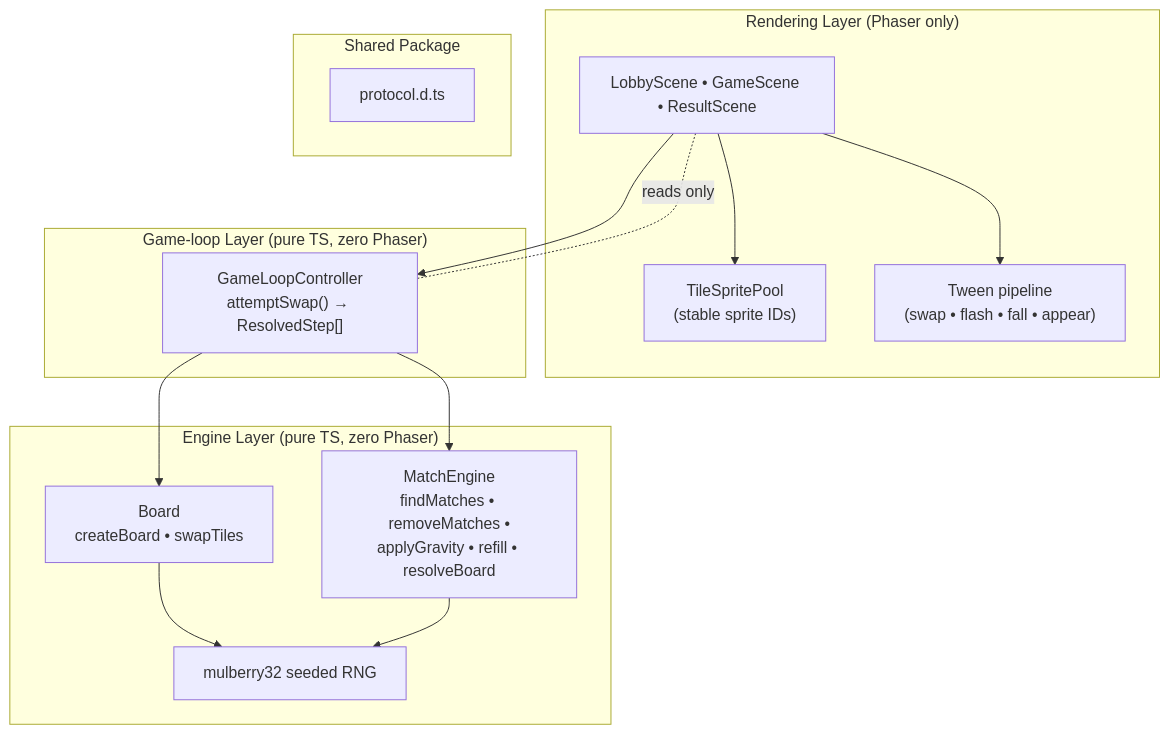
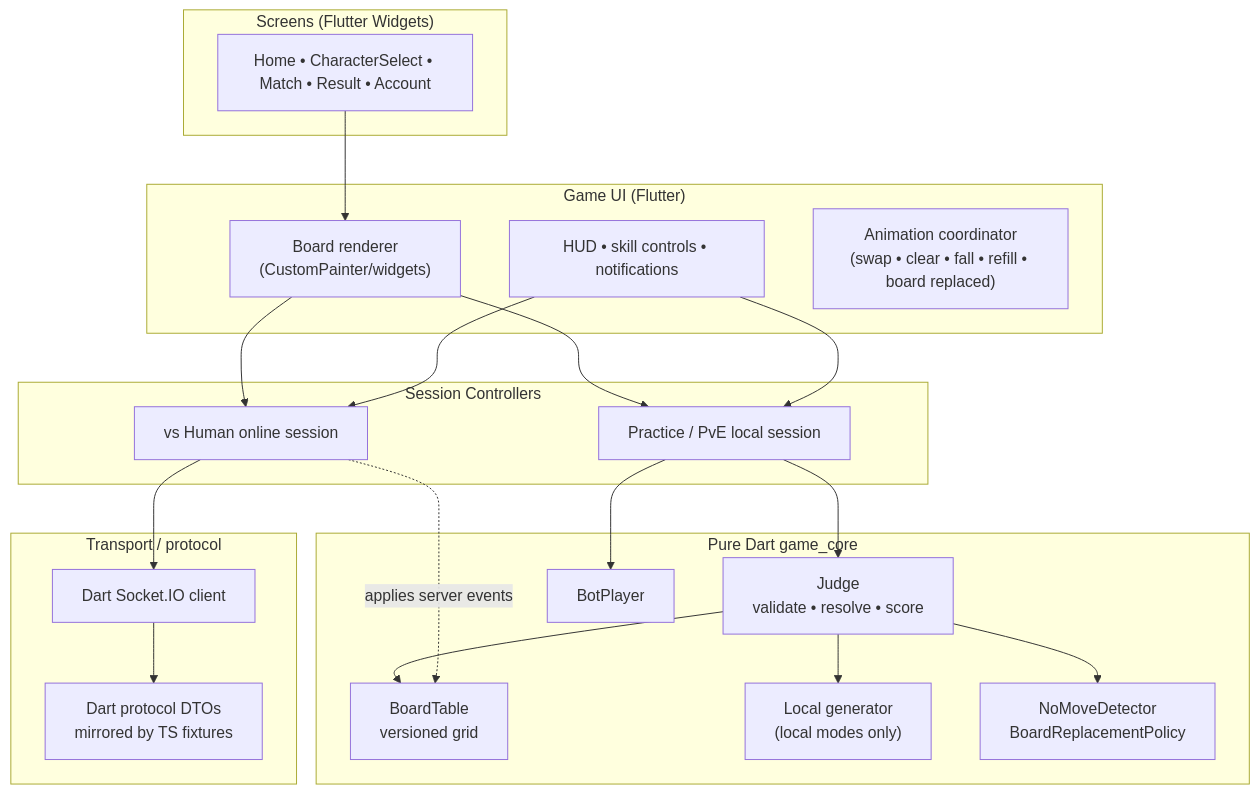
Before and after one commit to BuiHoangTu/match3-competitive-fe: the third of 11 diagrams in specification/system-design.md, drawn with Mermaid. The commit also changed other lines of this file and 11 other files, not shown here.

````diff
--- a/specification/system-design.md
+++ b/specification/system-design.md
@@ -207,28 +209,40 @@
 ```mermaid
 flowchart TB
-    subgraph L3["Rendering Layer (Phaser only)"]
-        Scenes["LobbyScene • GameScene • ResultScene"]
-        Pool["TileSpritePool<br/>(stable sprite IDs)"]
-        Anim["Tween pipeline<br/>(swap • flash • fall • appear)"]
+    subgraph L4["Screens (Flutter Widgets)"]
+        Home["Home • CharacterSelect • Match • Result • Account"]
     end
-    subgraph L2["Game-loop Layer (pure TS, zero Phaser)"]
-        GLC["GameLoopController<br/>attemptSwap() → ResolvedStep[]"]
+    subgraph L3["Game UI (Flutter)"]
+        BoardView["Board renderer<br/>(CustomPainter/widgets)"]
+        Hud["HUD • skill controls • notifications"]
+        Anim["Animation coordinator<br/>(swap • clear • fall • refill • board replaced)"]
     end
-    subgraph L1["Engine Layer (pure TS, zero Phaser)"]
-        Board["Board<br/>createBoard • swapTiles"]
-        Match["MatchEngine<br/>findMatches • removeMatches •<br/>applyGravity • refill • resolveBoard"]
-        RNG["mulberry32 seeded RNG"]
+    subgraph L2["Session Controllers"]
+        LocalSession["Practice / PvE local session"]
+        OnlineSession["vs Human online session"]
     end
-    subgraph L0["Shared Package"]
-        Proto["protocol.d.ts"]
+    subgraph L1["Pure Dart game_core"]
+        Judge["Judge<br/>validate • resolve • score"]
+        Board["BoardTable<br/>versioned grid"]
+        Bot["BotPlayer"]
+        Gen["Local generator<br/>(local modes only)"]
+        NoMoves["NoMoveDetector<br/>BoardReplacementPolicy"]
+    end
+    subgraph L0["Transport / protocol"]
+        Socket["Dart Socket.IO client"]
+        DTO["Dart protocol DTOs<br/>mirrored by TS fixtures"]
     end
 
-    Scenes --> GLC
-    Scenes --> Pool
-    Scenes --> Anim
-    GLC --> Board
-    GLC --> Match
-    Board --> RNG
-    Match --> RNG
-    Scenes -.reads only.- GLC
+    Home --> BoardView
+    BoardView --> LocalSession
+    BoardView --> OnlineSession
+    Hud --> LocalSession
+    Hud --> OnlineSession
+    LocalSession --> Judge
+    LocalSession --> Bot
+    Judge --> Board
+    Judge --> Gen
+    Judge --> NoMoves
+    OnlineSession --> Socket
+    Socket --> DTO
+    OnlineSession -.applies server events.-> Board
 ```
````
